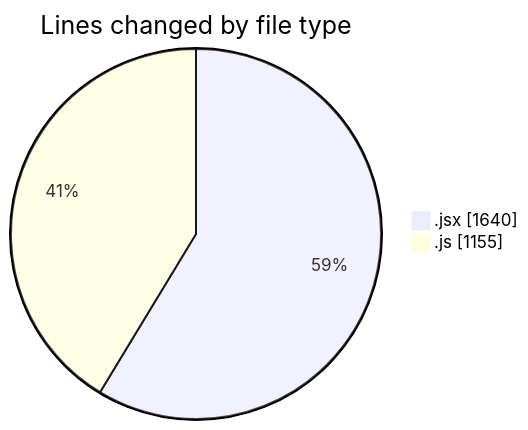
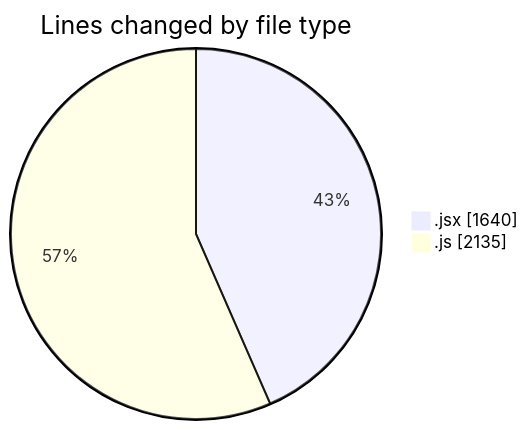
The first of 2 diagrams in 2025-09-23/nxtqube_webapp/README.md (nxtqubesakshisongat/code-tracking), drawn with Mermaid before and after one commit. The commit also changed other lines of this file and 1 other file, not shown here.

````diff
--- a/2025-09-23/nxtqube_webapp/README.md
+++ b/2025-09-23/nxtqube_webapp/README.md
@@ -21,6 +22,6 @@
 ```mermaid
 pie showData
 title Lines changed by file type
 ".jsx" : 1640
-".js" : 1155
+".js" : 2135
 ```
````
